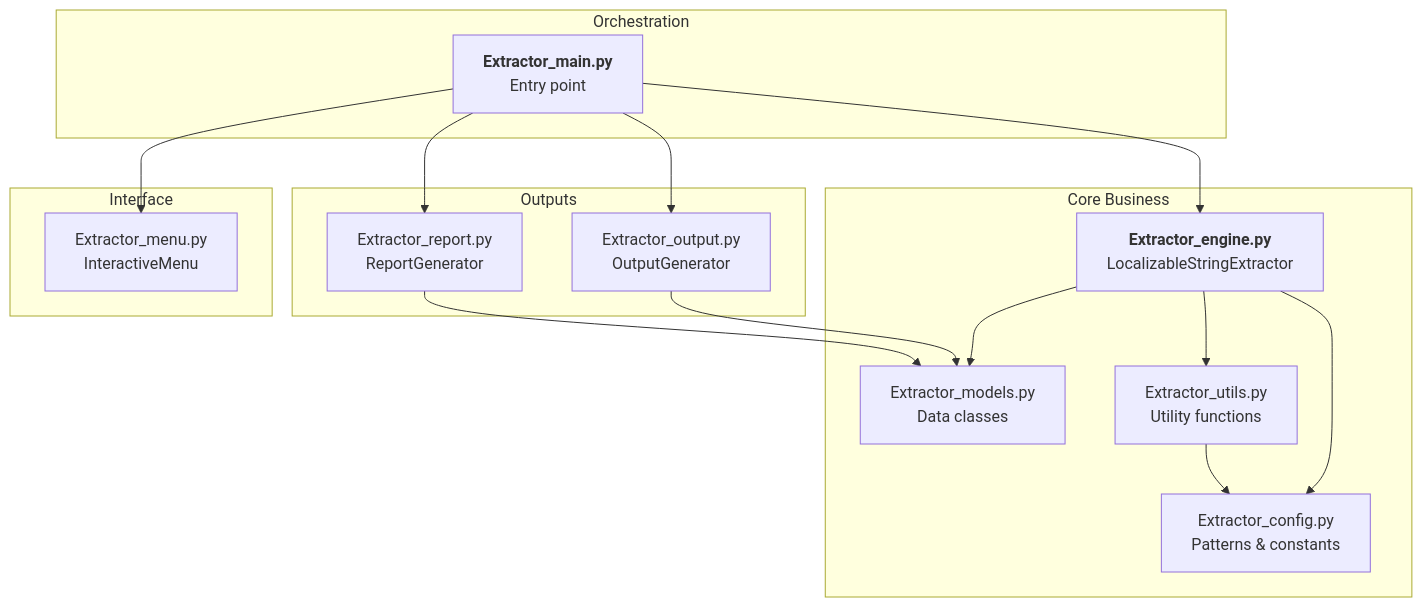
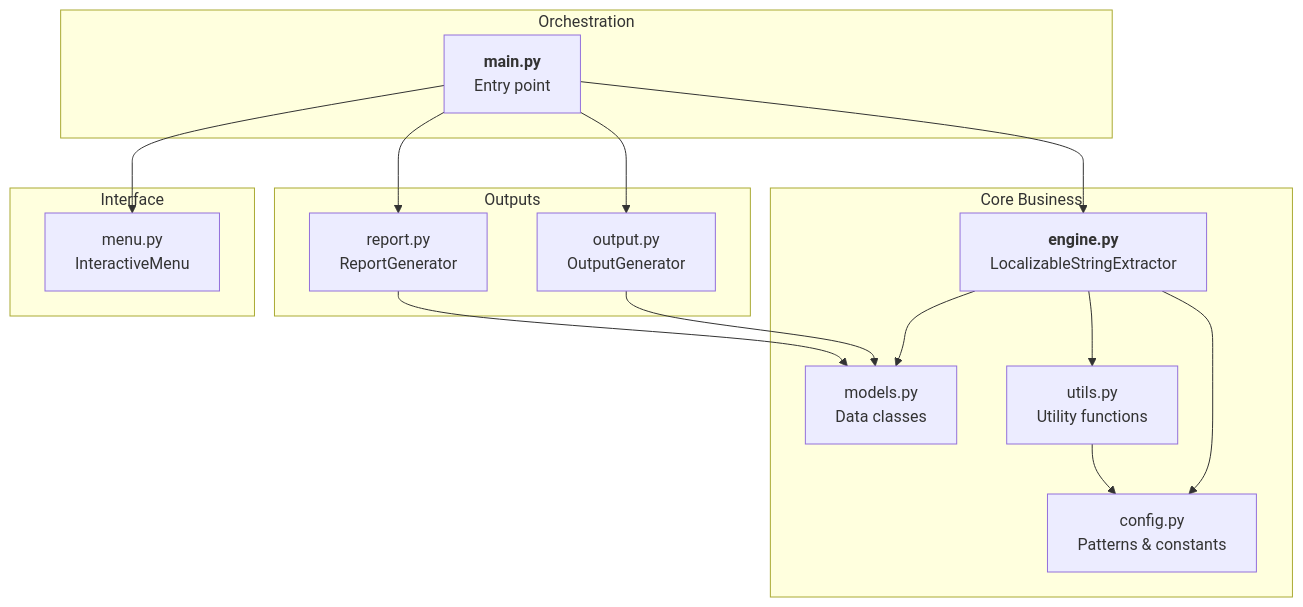
Before and after one commit to Gotcha26/Adobe_Lightroom_Translation_Plugins_Kit: the third of 7 diagrams in tools/extractor/__doc__/en/README.md, drawn with Mermaid. The commit also changed other lines of this file and 28 other files, not shown here.

````diff
--- a/tools/extractor/__doc__/en/README.md
+++ b/tools/extractor/__doc__/en/README.md
@@ -301,36 +301,36 @@
 ```mermaid
 flowchart TB
     subgraph Orchestration
-        MAIN["<b>Extractor_main.py</b><br/>Entry point"]
+        MAIN["<b>main.py</b><br/>Entry point"]
     end
 
     subgraph Core["Core Business"]
-        ENGINE["<b>Extractor_engine.py</b><br/>LocalizableStringExtractor"]
-        CONFIG["Extractor_config.py<br/>Patterns & constants"]
-        MODELS["Extractor_models.py<br/>Data classes"]
-        UTILS["Extractor_utils.py<br/>Utility functions"]
+        ENGINE["<b>engine.py</b><br/>LocalizableStringExtractor"]
+        CONFIG["config.py<br/>Patterns & constants"]
+        MODELS["models.py<br/>Data classes"]
+        UTILS["utils.py<br/>Utility functions"]
     end
 
     subgraph Outputs
-        OUTPUT["Extractor_output.py<br/>OutputGenerator"]
-        REPORT["Extractor_report.py<br/>ReportGenerator"]
+        OUTPUT["output.py<br/>OutputGenerator"]
+        REPORT["report.py<br/>ReportGenerator"]
     end
 
     subgraph Interface
-        MENU["Extractor_menu.py<br/>InteractiveMenu"]
+        MENU["menu.py<br/>InteractiveMenu"]
     end
 
     MAIN --> ENGINE
     MAIN --> OUTPUT
     MAIN --> REPORT
     MAIN --> MENU
 
     ENGINE --> CONFIG
     ENGINE --> MODELS
     ENGINE --> UTILS
 
     OUTPUT --> MODELS
     REPORT --> MODELS
 
     UTILS --> CONFIG
 ```
````
